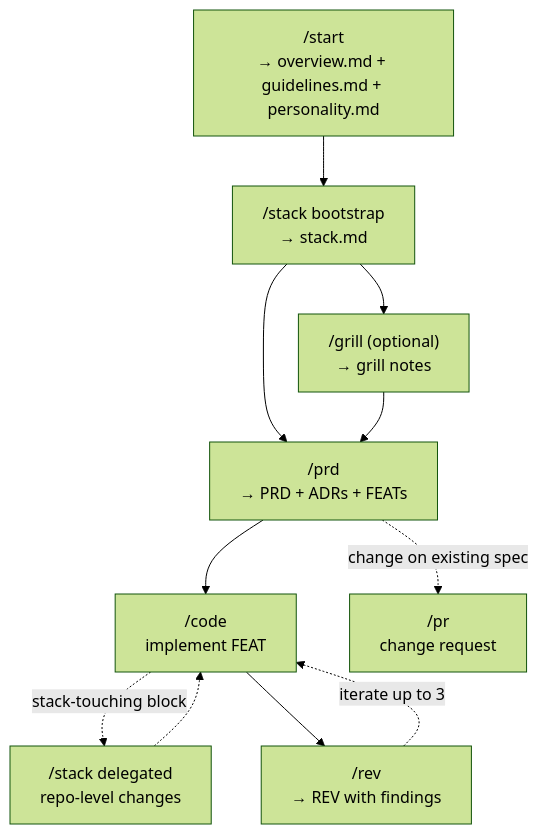
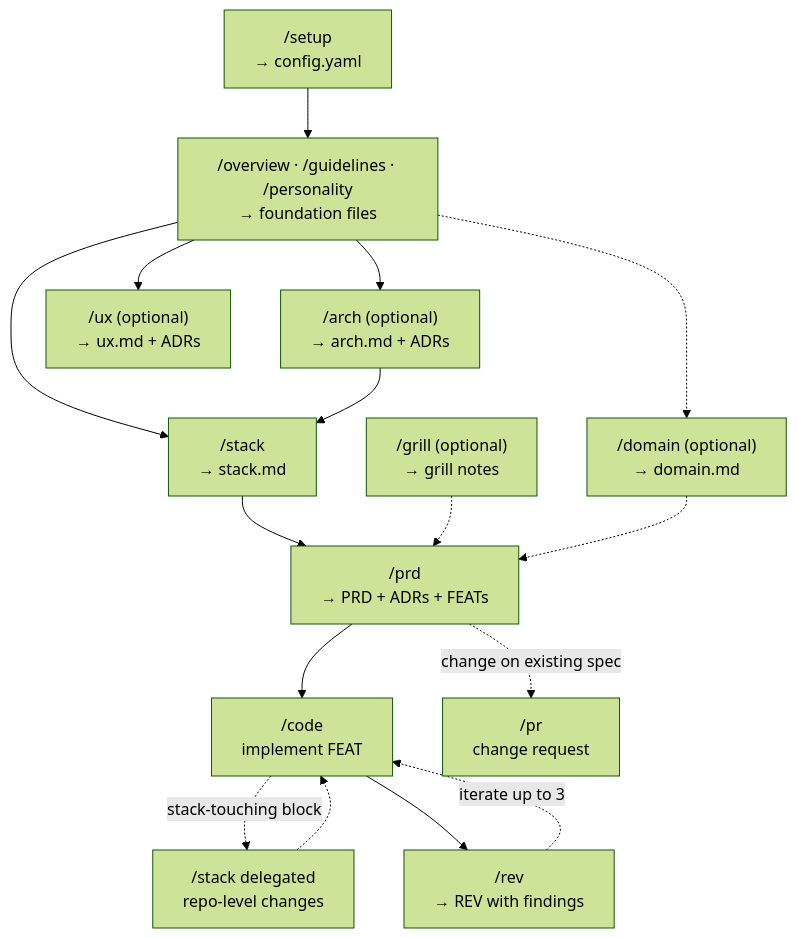
Before and after one commit to ccosming/skills: the diagram in README.md, drawn with Mermaid (forest theme). The commit also changed other lines of this file and 1 other file, not shown here.

First line of the commit message:
docs: align README with the foundation refactor

````diff
--- a/README.md
+++ b/README.md
@@ -33,22 +39,31 @@
 ```mermaid
 flowchart TD
-    Init["/start<br/>→ overview.md + guidelines.md + personality.md"]
-    Stack["/stack bootstrap<br/>→ stack.md"]
+    Setup["/setup<br/>→ config.yaml"]
+    Found["/overview · /guidelines · /personality<br/>→ foundation files"]
+    Arch["/arch (optional)<br/>→ arch.md + ADRs"]
+    UX["/ux (optional)<br/>→ ux.md + ADRs"]
+    Domain["/domain (optional)<br/>→ domain.md"]
+    Stack["/stack<br/>→ stack.md"]
     Grill["/grill (optional)<br/>→ grill notes"]
     PRD["/prd<br/>→ PRD + ADRs + FEATs"]
     Code["/code<br/>implement FEAT"]
     StackDel["/stack delegated<br/>repo-level changes"]
     Rev["/rev<br/>→ REV with findings"]
     PR["/pr<br/>change request"]
 
-    Init --> Stack
-    Stack --> Grill
+    Setup --> Found
+    Found --> Arch
+    Found --> UX
+    Found --> Stack
+    Arch --> Stack
+    Found -.-> Domain
     Stack --> PRD
-    Grill --> PRD
+    Grill -.-> PRD
+    Domain -.-> PRD
     PRD --> Code
     Code -.->|stack-touching block| StackDel
     StackDel -.-> Code
     Code --> Rev
     Rev -.->|iterate up to 3| Code
     PRD -.->|change on existing spec| PR
 ```
````
